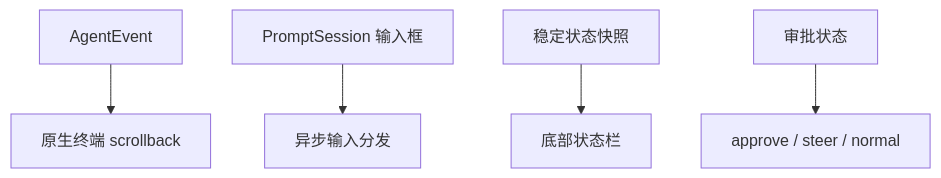
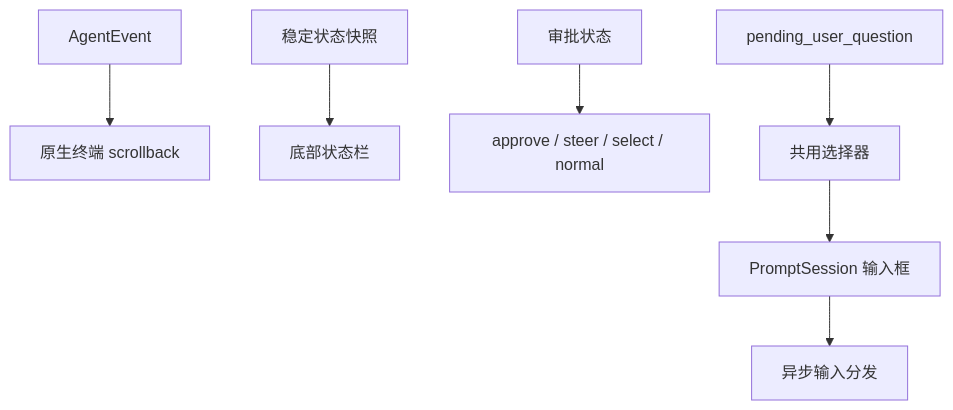
The second of 2 diagrams in assert/knowledge/06-events-and-tui.md (universero/InnoAgent), drawn with Mermaid before and after one commit. The commit also changed other lines of this file and 18 other files, not shown here.

````diff
--- a/assert/knowledge/06-events-and-tui.md
+++ b/assert/knowledge/06-events-and-tui.md
@@ -131,7 +134,9 @@
 ```mermaid
 flowchart TB
     Events[AgentEvent] --> Scrollback[原生终端 scrollback]
     Input[PromptSession 输入框] --> Dispatch[异步输入分发]
     Snapshot[稳定状态快照] --> Toolbar[底部状态栏]
-    Approval[审批状态] --> InputMode[approve / steer / normal]
+    Approval[审批状态] --> InputMode[approve / steer / select / normal]
+    Question[pending_user_question] --> Selector[共用选择器]
+    Selector --> Input
 ```
````
